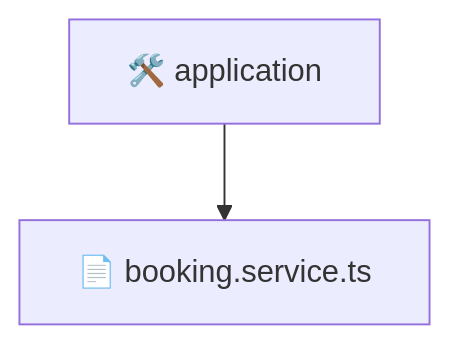
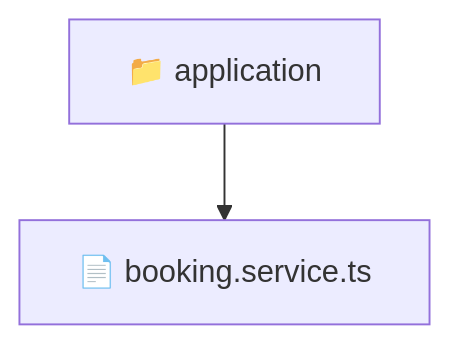
The diagram in backend/src/modules/booking/application/README.md (beginwebdev2002/fullstack-mavluda), drawn with Mermaid before and after one commit. The commit also changed other lines of this file and 159 other files, not shown here.

````diff
--- a/backend/src/modules/booking/application/README.md
+++ b/backend/src/modules/booking/application/README.md
@@ -11,5 +9,5 @@
 ```mermaid
 graph TD
-  application["🛠️ application"]
-  application --> application_booking_service_ts["📄 booking.service.ts"]
+  Root["📁 application"]
+  Root --> booking_service_ts["📄 booking.service.ts"]
 ```
````
